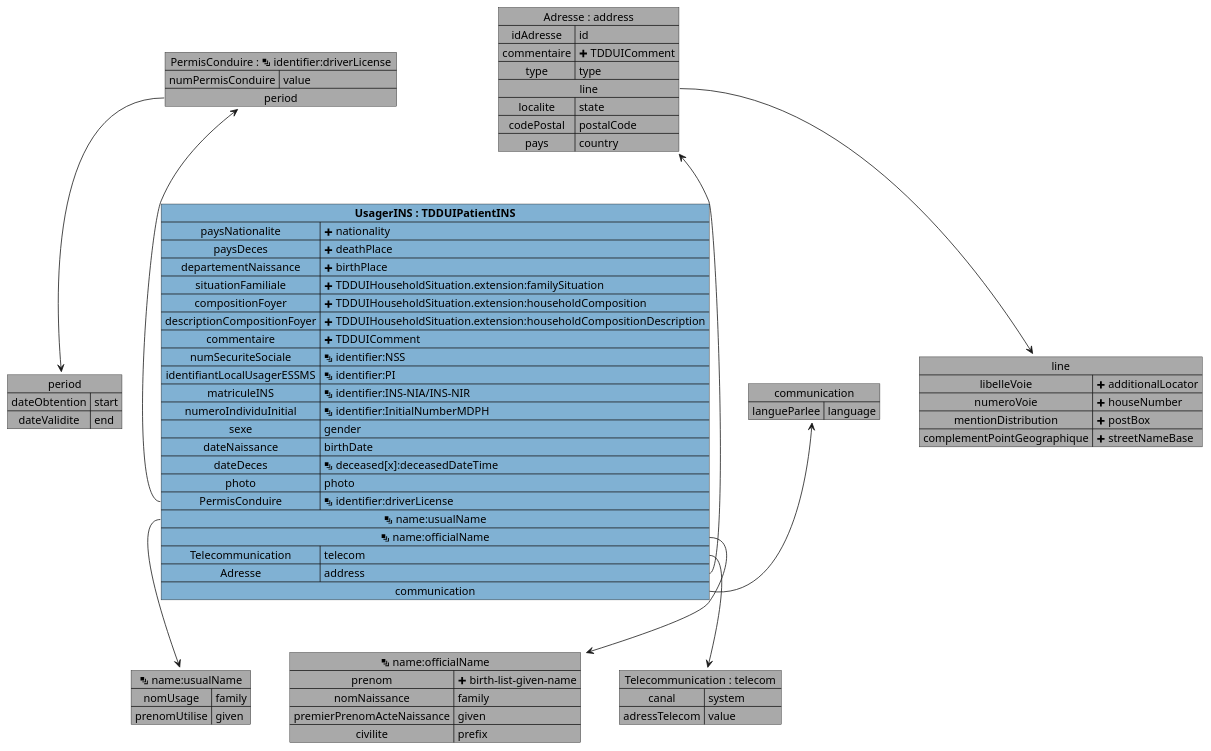
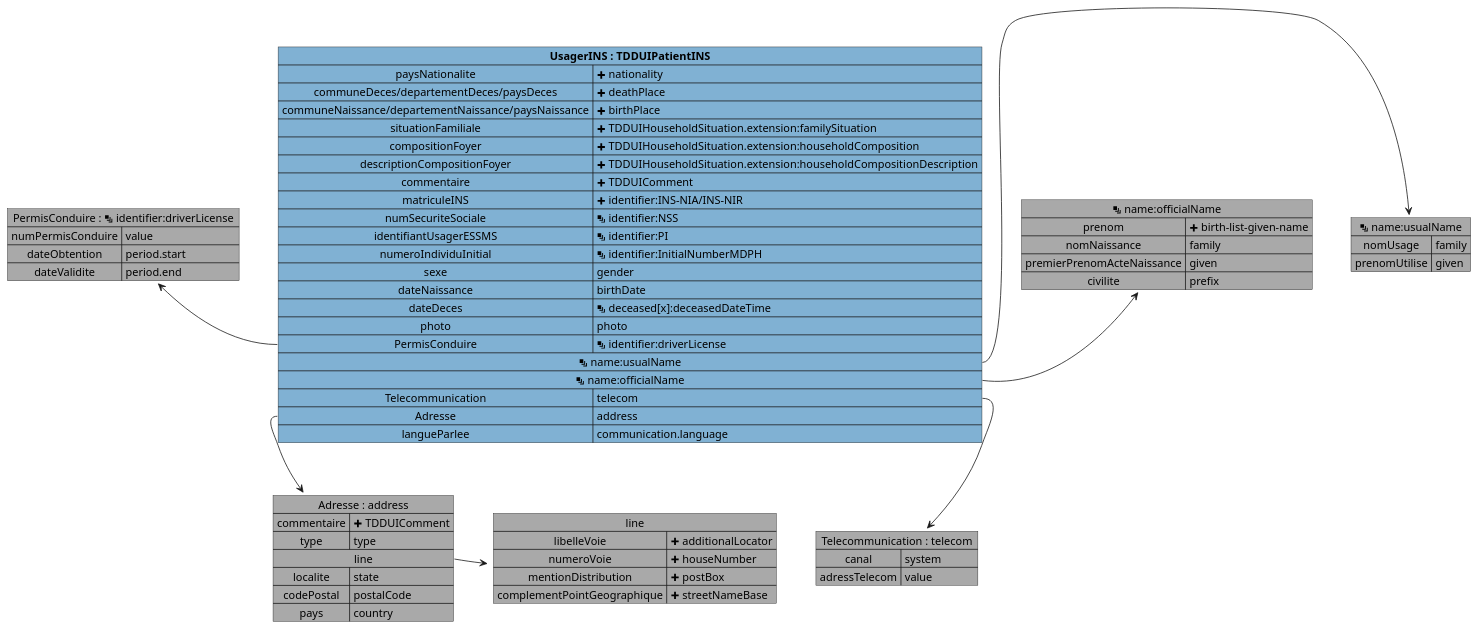
Before and after one commit to ansforge/IG-fhir-medicosocial-transfert-donnees-dui: the diagram in input/images-source/mapping_TDDUIPatientINS.plantuml, drawn with PlantUML. The commit also changed 2 other files, not shown here.

```diff
--- a/input/images-source/mapping_TDDUIPatientINS.plantuml
+++ b/input/images-source/mapping_TDDUIPatientINS.plantuml
@@ -1,79 +1,72 @@
 @startuml
 
-map "period" as period #DarkGray {
-    dateObtention => start
-    dateValidite => end
+
+
+map "PermisConduire : <&layers> identifier:driverLicense" as PermisConduire #DarkGray {
+    numPermisConduire => value
+    dateObtention => period.start
+    dateValidite => period.end
 }
 
 map "line" as line #DarkGray {
     libelleVoie => <&plus> additionalLocator
     numeroVoie => <&plus> houseNumber
     mentionDistribution => <&plus> postBox
     complementPointGeographique => <&plus> streetNameBase
-}
-
-map "PermisConduire : <&layers> identifier:driverLicense" as PermisConduire #DarkGray {
-    numPermisConduire => value
-    period *--> period
 }
 
 map "<&layers> name:usualName" as nameusualName #DarkGray {
     nomUsage => family
     prenomUtilise => given
 }
 
 map "<&layers> name:officialName" as nameofficialName #DarkGray {
     prenom => <&plus> birth-list-given-name
     nomNaissance => family
     premierPrenomActeNaissance => given
     civilite => prefix
 }
 
 map "Telecommunication : telecom" as Telecommunication #DarkGray {
     canal => system
     adressTelecom => value
 }
 
 map "Adresse : address" as Adresse #DarkGray {
-    idAdresse => id
     commentaire => <&plus> TDDUIComment
     type => type
-    line *--> line
+    line *-> line
     localite => state
     codePostal => postalCode
     pays => country
 }
 
-map "communication" as communication #DarkGray {
-    langueParlee => language
-}
-
-map "**UsagerINS : TDDUIPatientINS**" as UsagerINS #80b1d3 {
+map "**UsagerINS : TDDUIPatientINS**" as Usager #80b1d3 {
     paysNationalite => <&plus> nationality
-    paysDeces => <&plus> deathPlace
-    departementNaissance => <&plus> birthPlace
+    communeDeces/departementDeces/paysDeces => <&plus> deathPlace
+    communeNaissance/departementNaissance/paysNaissance => <&plus> birthPlace
     situationFamiliale => <&plus> TDDUIHouseholdSituation.extension:familySituation
     compositionFoyer => <&plus> TDDUIHouseholdSituation.extension:householdComposition
     descriptionCompositionFoyer => <&plus> TDDUIHouseholdSituation.extension:householdCompositionDescription
     commentaire => <&plus> TDDUIComment
+    matriculeINS => <&plus> identifier:INS-NIA/INS-NIR
     numSecuriteSociale => <&layers> identifier:NSS
-    identifiantLocalUsagerESSMS => <&layers> identifier:PI
-    matriculeINS => <&layers> identifier:INS-NIA/INS-NIR
+    identifiantUsagerESSMS => <&layers> identifier:PI
     numeroIndividuInitial => <&layers> identifier:InitialNumberMDPH
     sexe => gender
     dateNaissance => birthDate
     dateDeces => <&layers> deceased[x]:deceasedDateTime
     photo => photo
     PermisConduire => <&layers> identifier:driverLicense
-    <&layers> name:usualName *--> nameusualName
-    <&layers> name:officialName *--> nameofficialName
+    <&layers> name:usualName *-> nameusualName
+    <&layers> name:officialName *-> nameofficialName
     Telecommunication => telecom
     Adresse => address
-    communication *-> communication
+    langueParlee => communication.language
 }
 
-UsagerINS::PermisConduire -u-> PermisConduire
-UsagerINS::Telecommunication -d-> Telecommunication
-UsagerINS::Adresse -u-> Adresse
+Usager::PermisConduire -l-> PermisConduire
+Usager::Telecommunication -d-> Telecommunication
+Usager::Adresse -d-> Adresse
 
 @enduml
```
